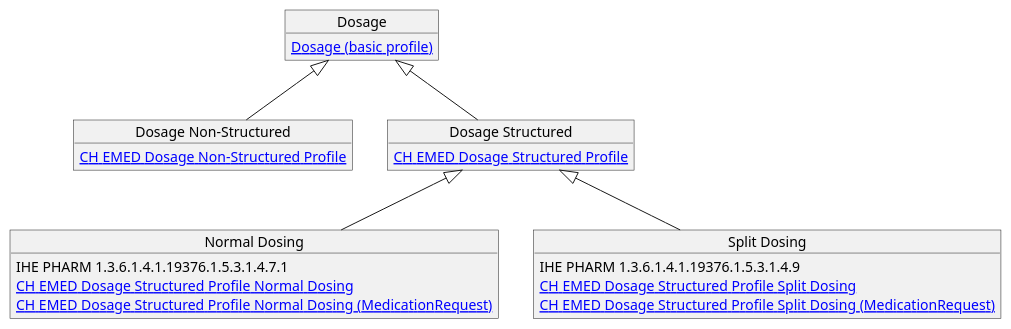
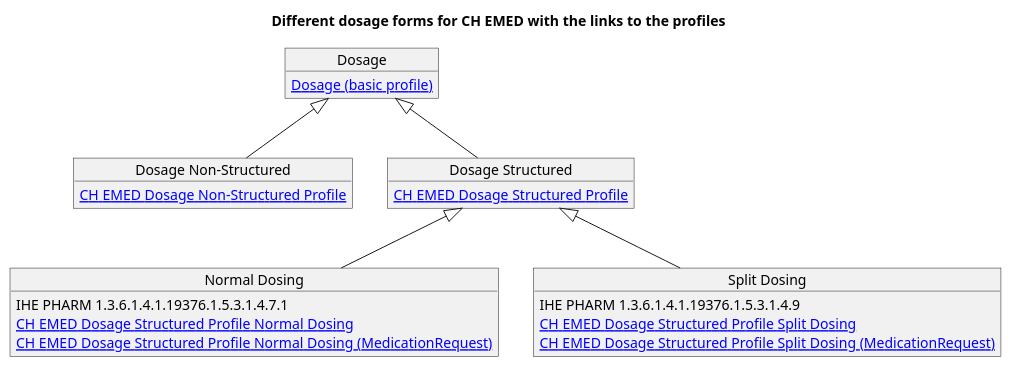
The diagram in input/images-source/dosage.plantuml (hl7ch/ch-emed), drawn with PlantUML before and after one commit. The commit also changed 1 other file, not shown here.

Commit message:
update dosage

```diff
--- a/input/images-source/dosage.plantuml
+++ b/input/images-source/dosage.plantuml
@@ -1,29 +1,30 @@
 @startuml
 
 skinparam svgDimensionStyle false
+title Different dosage forms for CH EMED with the links to the profiles
 
 object "Dosage" as dosage {
   [[http://hl7.org/fhir/StructureDefinition/Dosage Dosage (basic profile)]]
 }
 object "Dosage Non-Structured" as dosagenonstructured {
   [[StructureDefinition-ch-emed-dosage-nonstructured.html CH EMED Dosage Non-Structured Profile]]
 }
 object "Dosage Structured" as dosagestructured {
   [[StructureDefinition-ch-emed-dosage-structured.html CH EMED Dosage Structured Profile]]
 }
 object "Normal Dosing" as dosagestructurednormal {
   IHE PHARM 1.3.6.1.4.1.19376.1.5.3.1.4.7.1
   [[StructureDefinition-ch-emed-dosage-structured-normal.html CH EMED Dosage Structured Profile Normal Dosing]]
   [[StructureDefinition-ch-emed-dosage-structured-normal-medicationrequest.html CH EMED Dosage Structured Profile Normal Dosing (MedicationRequest)]]
 }
 object "Split Dosing" as dosagestructuredsplit {
   IHE PHARM 1.3.6.1.4.1.19376.1.5.3.1.4.9
   [[StructureDefinition-ch-emed-dosage-structured-split.html CH EMED Dosage Structured Profile Split Dosing]]
   [[StructureDefinition-ch-emed-dosage-structured-split-medicationrequest.html CH EMED Dosage Structured Profile Split Dosing (MedicationRequest)]]
 }
 
 dosage <|-- dosagenonstructured
 dosage <|-- dosagestructured
 dosagestructured <|-- dosagestructurednormal
 dosagestructured <|-- dosagestructuredsplit
 @enduml
```
